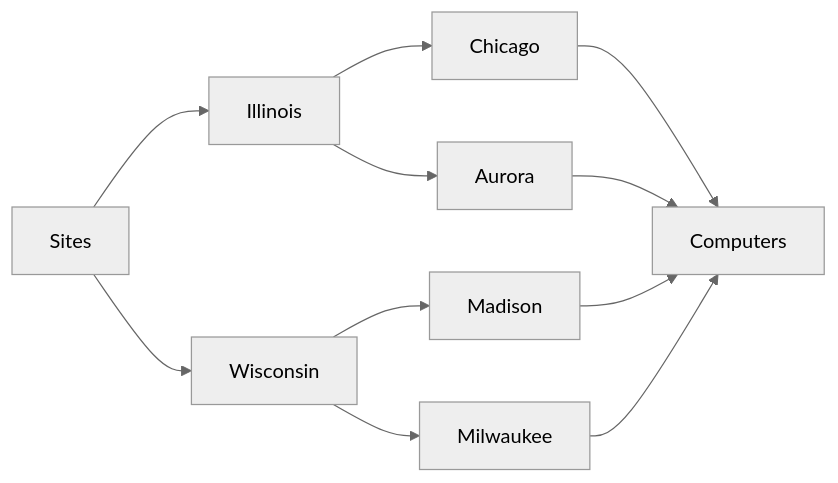
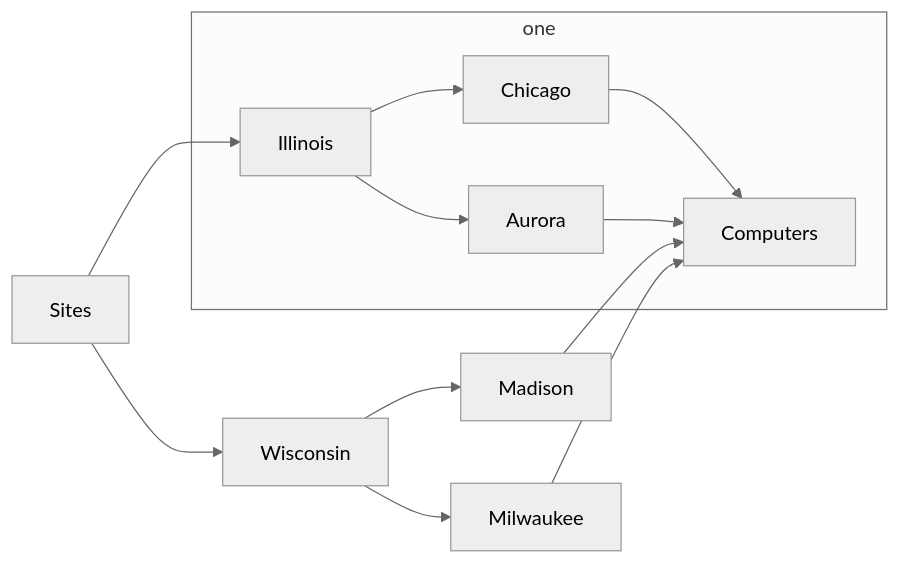
The diagram in powershell-scripts/Move-ComputersByStateSiteCode/README.md (emerconnelly/sysadmin), drawn with Mermaid (neutral theme) before and after one commit.

````diff
--- a/powershell-scripts/Move-ComputersByStateSiteCode/README.md
+++ b/powershell-scripts/Move-ComputersByStateSiteCode/README.md
@@ -24,13 +24,15 @@
 ```mermaid
 flowchart LR
     Sites --> Illinois
+      subgraph one
       Illinois --> Chicago
         Chicago --> Computers
       Illinois --> Aurora
         Aurora --> Computers
+      end
     Sites --> Wisconsin
       Wisconsin --> Madison
         Madison --> Computers
       Wisconsin --> Milwaukee
         Milwaukee --> Computers
 ```
````
